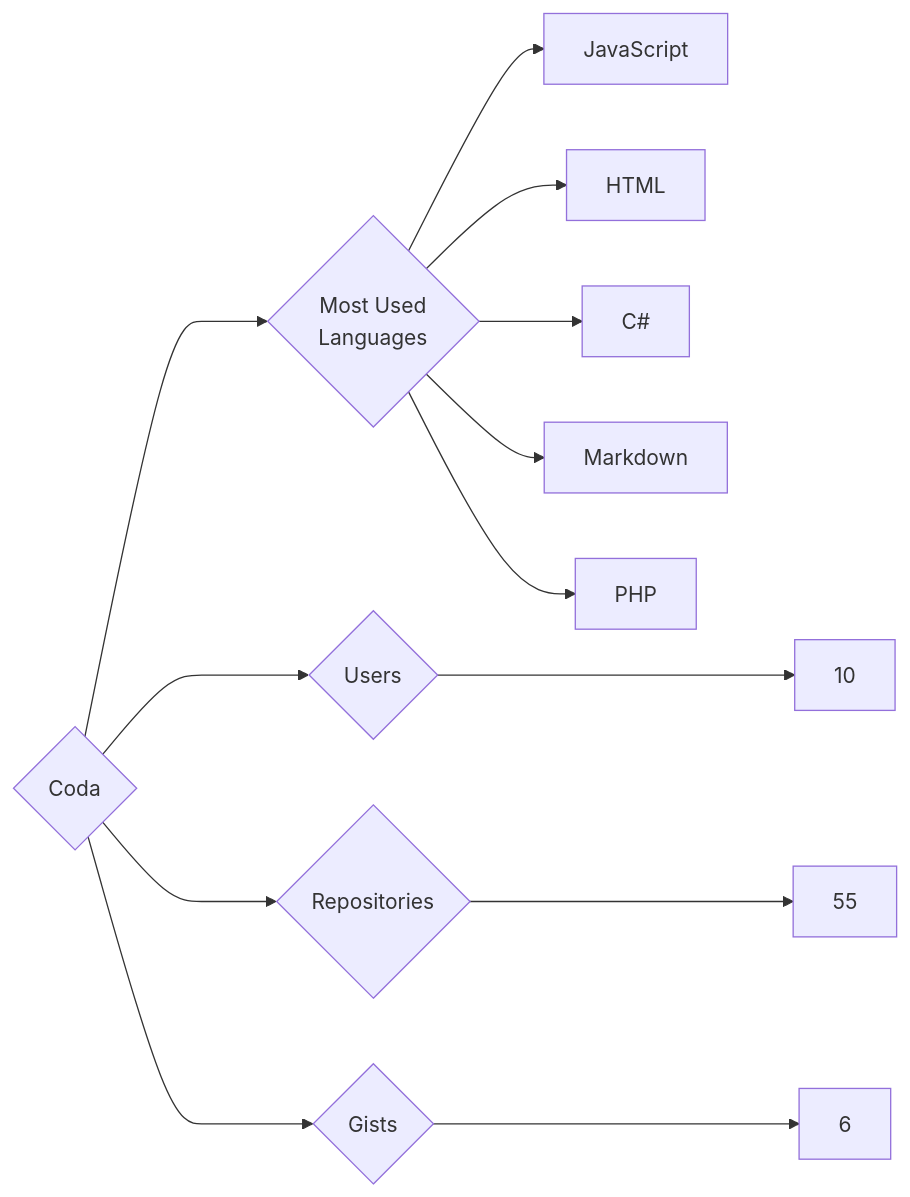
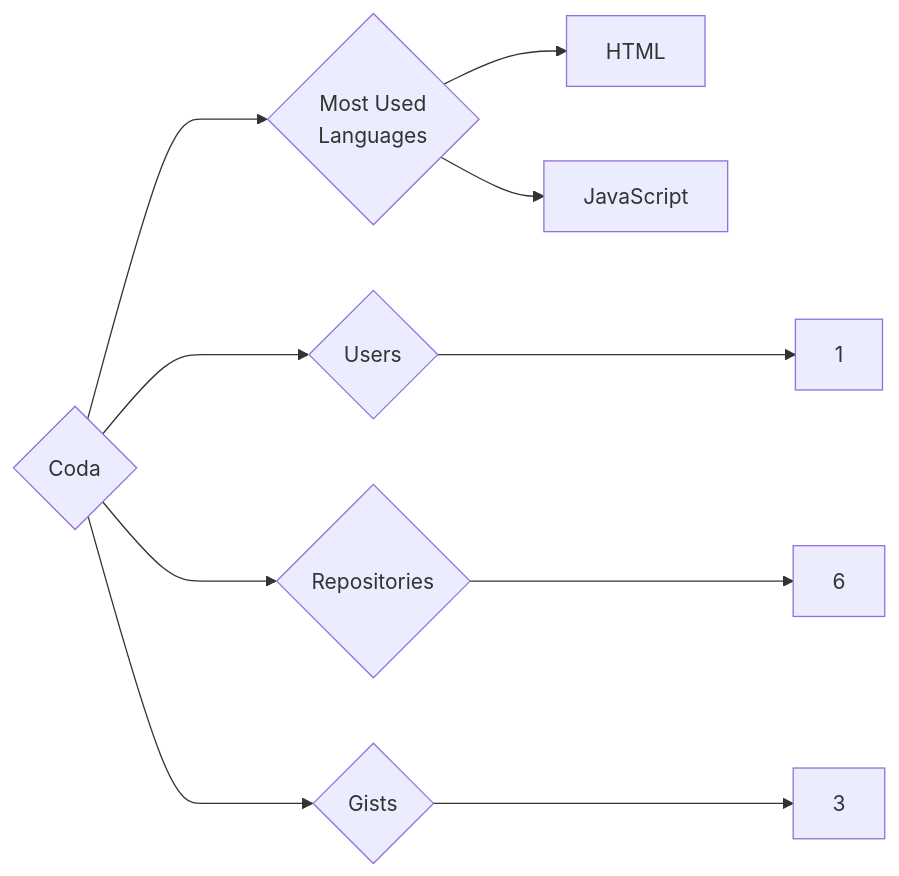
Before and after one commit to trickest/insiders: the diagram in targets/Coda/README.md, drawn with Mermaid. The commit also changed 927 other files, not shown here.

````diff
--- a/targets/Coda/README.md
+++ b/targets/Coda/README.md
@@ -3,13 +3,10 @@
 ```mermaid
 graph LR
 COMPANY_NAME{Coda}
-COMPANY_NAME ---> U{Users} ---> UN[10]
-COMPANY_NAME ---> R{Repositories} ---> RN[55]
-COMPANY_NAME ---> G{Gists} ---> GN[6]
+COMPANY_NAME ---> U{Users} ---> UN[1]
+COMPANY_NAME ---> R{Repositories} ---> RN[6]
+COMPANY_NAME ---> G{Gists} ---> GN[3]
 COMPANY_NAME ---> ML{Most Used<br>Languages}
+ML --> HTML[HTML]
 ML --> JavaScript[JavaScript]
-ML --> HTML[HTML]
-ML --> C#[C#]
-ML --> Markdown[Markdown]
-ML --> PHP[PHP]
 ```
````
